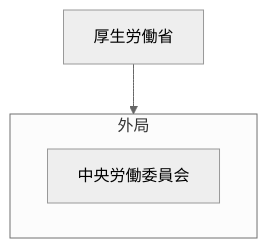
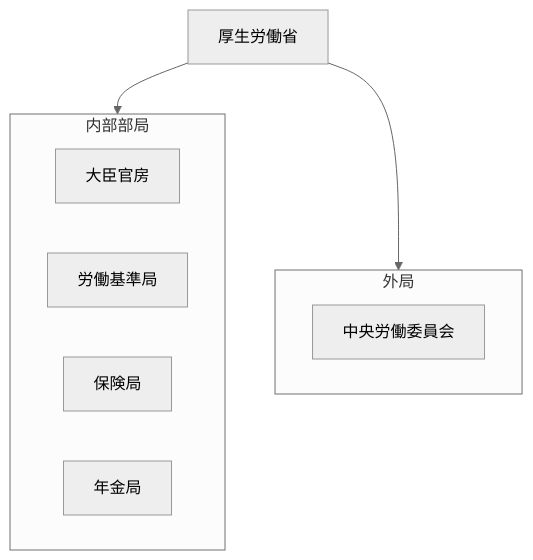
One commit to tatemaru/jp-admin-org-chart changed the diagram in 行政機構/厚生労働省/README.md. Above: the diagram before and after it, drawn with Mermaid (neutral theme). The commit also changed other lines of this file and 18 other files, not shown here.

````diff
--- a/行政機構/厚生労働省/README.md
+++ b/行政機構/厚生労働省/README.md
@@ -5,8 +5,15 @@
 ```mermaid
 flowchart TB
   root["厚生労働省"]
-  subgraph g0["外局"]
-    n0_0["中央労働委員会"]
+  subgraph g0["内部部局"]
+    n0_0["大臣官房"]
+    n0_1["労働基準局"]
+    n0_2["保険局"]
+    n0_3["年金局"]
   end
   root --> g0
+  subgraph g1["外局"]
+    n1_0["中央労働委員会"]
+  end
+  root --> g1
 ```
````
